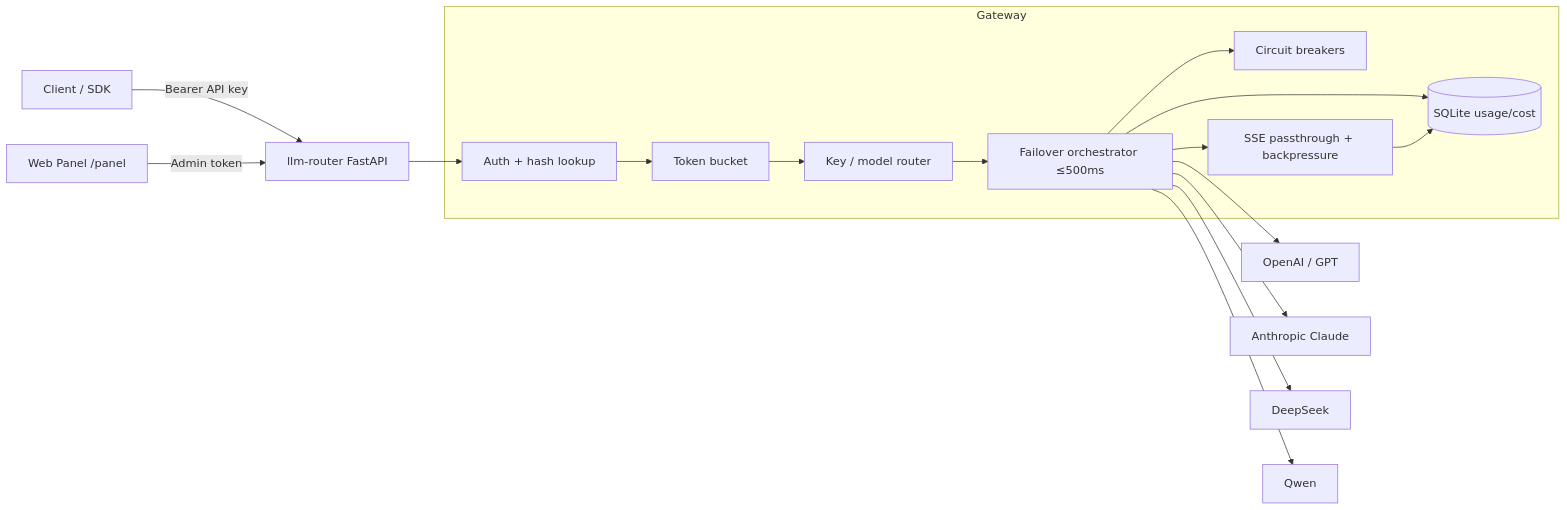
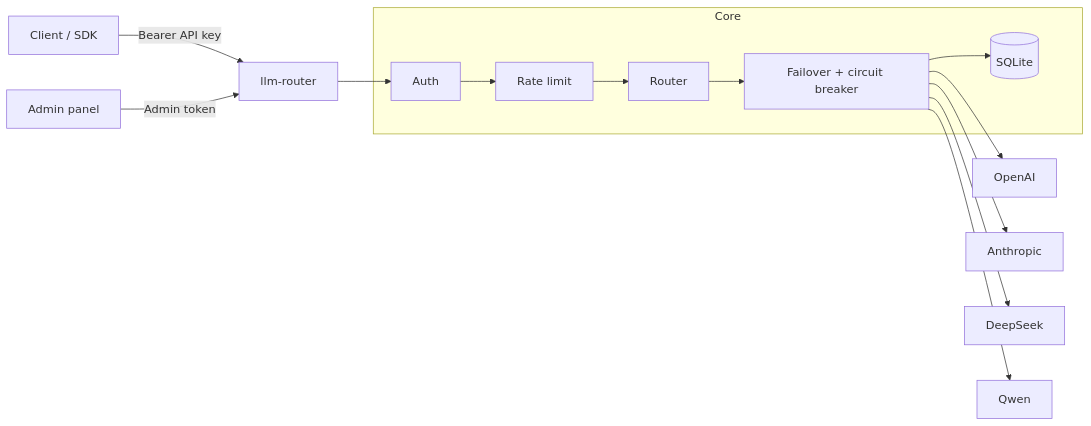
Before and after one commit to shu0819-sjy/llm-router: the diagram in README.md, drawn with Mermaid. The commit also changed other lines of this file and 6 other files, not shown here.

````diff
--- a/README.md
+++ b/README.md
@@ -33,26 +59,20 @@
 ```mermaid
 flowchart LR
-  Client["Client / SDK"] -->|Bearer API key| GW["llm-router FastAPI"]
-  Panel["Web Panel /panel"] -->|Admin token| GW
+  Client["Client / SDK"] -->|Bearer API key| GW["llm-router"]
+  Panel["Admin panel"] -->|Admin token| GW
 
-  subgraph Gateway["Gateway"]
-    Auth["Auth + hash lookup"]
-    RL["Token bucket"]
-    Route["Key / model router"]
-    CB["Circuit breakers"]
-    FO["Failover orchestrator ≤500ms"]
-    SSE["SSE passthrough + backpressure"]
-    DB[("SQLite usage/cost")]
+  subgraph Core
+    Auth["Auth"]
+    RL["Rate limit"]
+    Route["Router"]
+    FO["Failover + circuit breaker"]
+    DB[("SQLite")]
   end
 
   GW --> Auth --> RL --> Route --> FO
-  FO --> CB
-  FO --> SSE
   FO --> DB
-  SSE --> DB
-
-  FO --> OAI["OpenAI / GPT"]
-  FO --> CLAUDE["Anthropic Claude"]
+  FO --> OAI["OpenAI"]
+  FO --> CLAUDE["Anthropic"]
   FO --> DS["DeepSeek"]
   FO --> QWEN["Qwen"]
 ```
````
